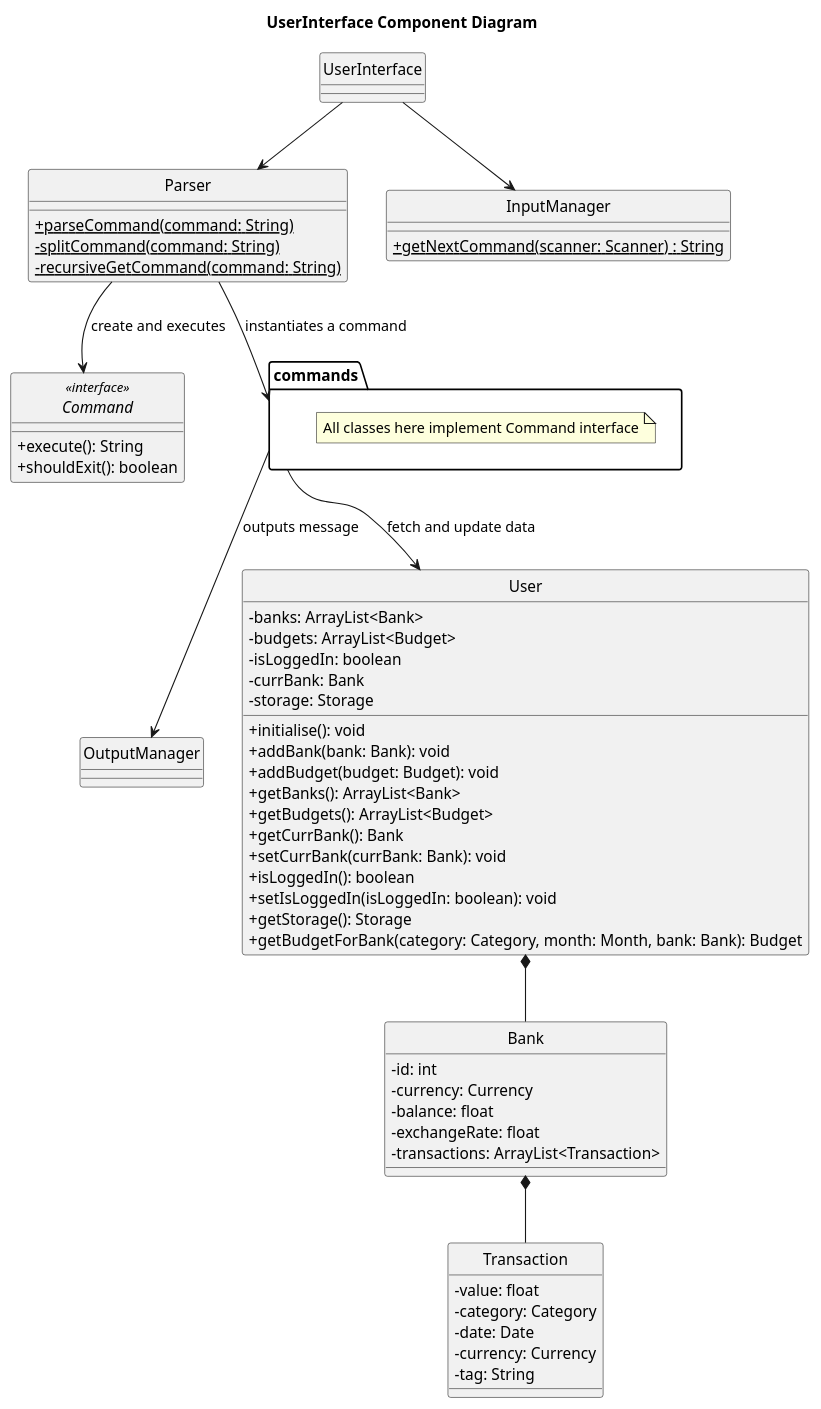
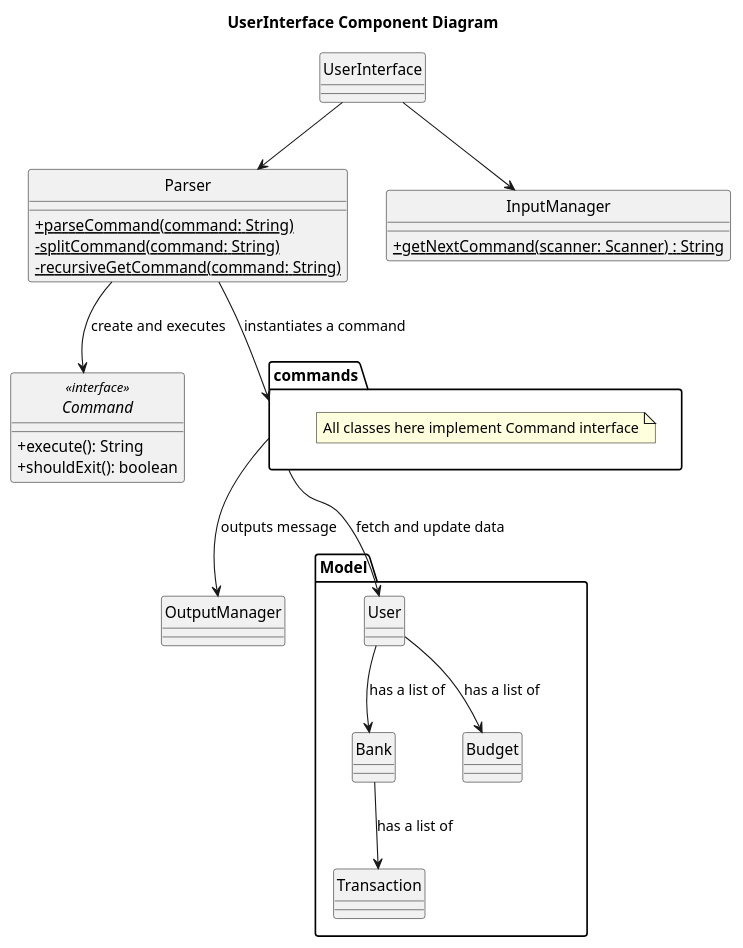
Before and after one commit to AY2526S1-CS2113-W10-2/tp: the diagram in docs/team/UserInterface/UserInterface.puml, drawn with PlantUML. The commit also changed 5 other files, not shown here.

```diff
--- a/docs/team/UserInterface/UserInterface.puml
+++ b/docs/team/UserInterface/UserInterface.puml
@@ -1,72 +1,52 @@
 @startuml
 'https://plantuml.com/class-diagram
 hide circle
 
 title UserInterface Component Diagram
 
 
 skinparam classAttributeIconSize 0
 
 class UserInterface
 class Parser {
     + {static} parseCommand(command: String)
     - {static} splitCommand(command: String)
     - {static} recursiveGetCommand(command: String)
 }
 class OutputManager
-class User {
-    - banks: ArrayList<Bank>
-    - budgets: ArrayList<Budget>
-    - isLoggedIn: boolean
-    - currBank: Bank
-    - storage: Storage
-    + initialise(): void
-    + addBank(bank: Bank): void
-    + addBudget(budget: Budget): void
-    + getBanks(): ArrayList<Bank>
-    + getBudgets(): ArrayList<Budget>
-    + getCurrBank(): Bank
-    + setCurrBank(currBank: Bank): void
-    + isLoggedIn(): boolean
-    + setIsLoggedIn(isLoggedIn: boolean): void
-    + getStorage(): Storage
-    + getBudgetForBank(category: Category, month: Month, bank: Bank): Budget
+
+package "Model" {
+    class User {
+    }
+    class Transaction {
+    }
+    class Bank {
+    }
+    class Budget {
+    }
 }
 class InputManager {
     + {static} getNextCommand(scanner: Scanner) : String
 }
 interface Command <<interface>> {
     + execute(): String
     + shouldExit(): boolean
-}
-class Transaction {
-    -value: float
-    -category: Category
-    -date: Date
-    -currency: Currency
-    -tag: String
-}
-class Bank {
-    -id: int
-    -currency: Currency
-    -balance: float
-    -exchangeRate: float
-    -transactions: ArrayList<Transaction>
 }
 
 package commands <<Folder>> {
     note "All classes here implement Command interface" as N
 }
 
 UserInterface --> InputManager
 UserInterface --> Parser
 
 Parser --> commands : instantiates a command
 Parser --> Command : create and executes
 commands --> User : fetch and update data
 commands --> OutputManager: outputs message
 
-User *-- Bank
-Bank *-- Transaction
+User --> Budget : has a list of
+User --> Bank : has a list of
+Bank --> Transaction : has a list of
 
 @enduml
```
